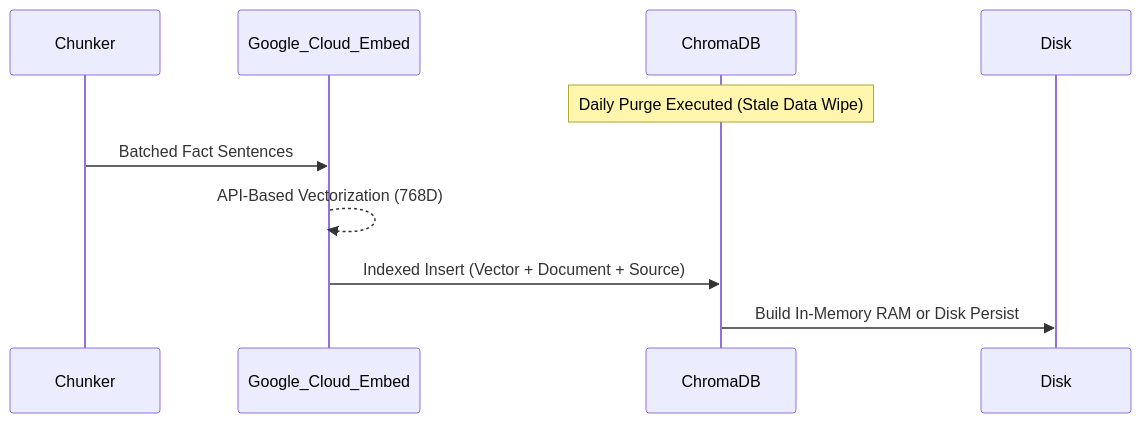
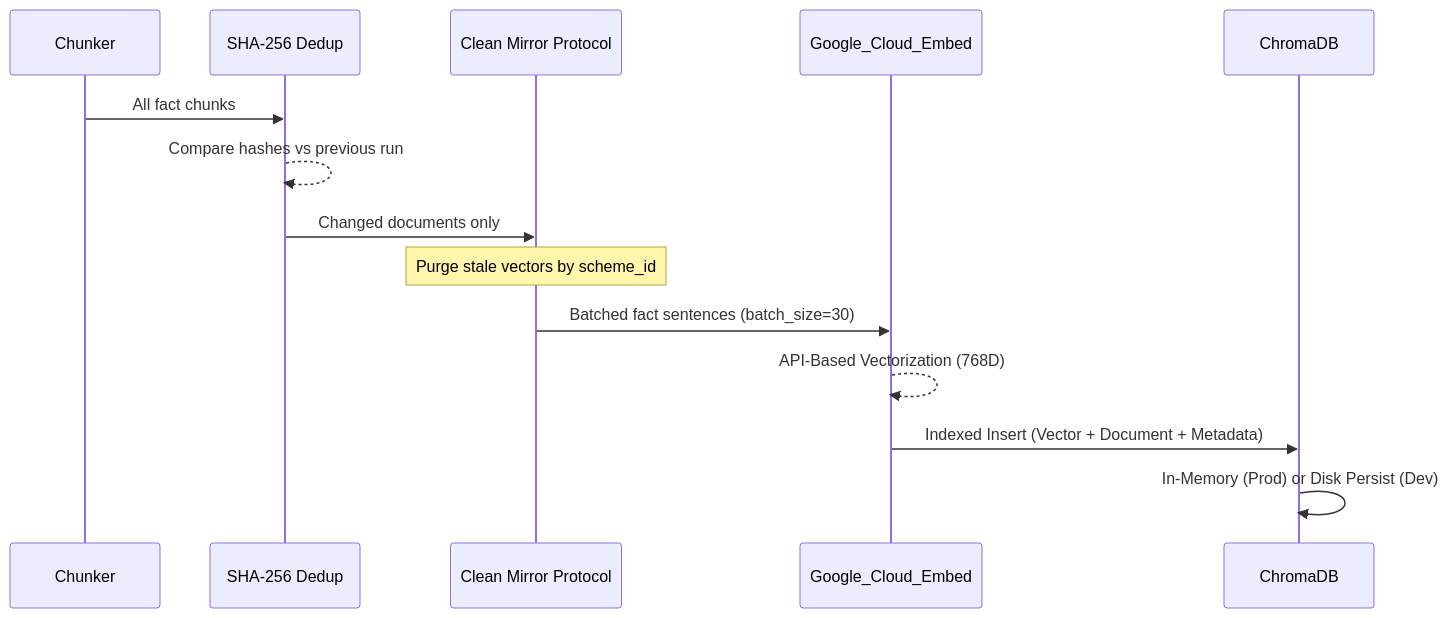
One commit to puneet225/MF_rag_chatbot changed the sixth of 7 diagrams in ARCHITECTURE.md. Above: the diagram before and after it, drawn with Mermaid. The commit also changed other lines of this file, not shown here.

Commit message:
docs: expand chunking and embedding strategy in architecture spec

````diff
--- a/ARCHITECTURE.md
+++ b/ARCHITECTURE.md
@@ -140,13 +211,19 @@
 ```mermaid
 sequenceDiagram
     participant Chunker
+    participant Dedup as SHA-256 Dedup
+    participant CleanMirror as Clean Mirror Protocol
     participant Google_Cloud_Embed
     participant ChromaDB
     
-    Note over ChromaDB: Daily Purge Executed (Stale Data Wipe)
+    Chunker->>Dedup: All fact chunks
+    Dedup-->>Dedup: Compare hashes vs previous run
+    Dedup->>CleanMirror: Changed documents only
     
-    Chunker->>Google_Cloud_Embed: Batched Fact Sentences
+    Note over CleanMirror: Purge stale vectors by scheme_id
+    
+    CleanMirror->>Google_Cloud_Embed: Batched fact sentences (batch_size=30)
     Google_Cloud_Embed-->>Google_Cloud_Embed: API-Based Vectorization (768D)
-    Google_Cloud_Embed->>ChromaDB: Indexed Insert (Vector + Document + Source)
-    ChromaDB->>Disk: Build In-Memory RAM or Disk Persist
+    Google_Cloud_Embed->>ChromaDB: Indexed Insert (Vector + Document + Metadata)
+    ChromaDB->>ChromaDB: In-Memory (Prod) or Disk Persist (Dev)
 ```
````
